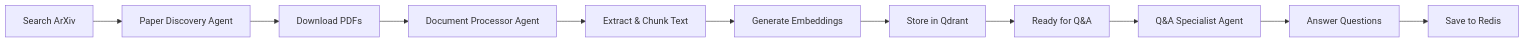
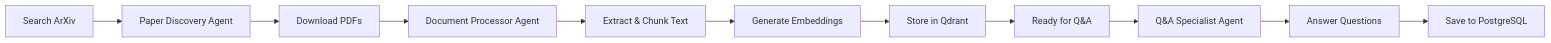
One commit to aiexplorations/praval_deep_research changed the diagram in README.md. Above: the diagram before and after it, drawn with Mermaid. The commit also changed other lines of this file, not shown here.

````diff
--- a/README.md
+++ b/README.md
@@ -178,13 +189,13 @@
 ```mermaid
 graph LR
     A[Search ArXiv] --> B[Paper Discovery Agent]
     B --> C[Download PDFs]
     C --> D[Document Processor Agent]
     D --> E[Extract & Chunk Text]
     E --> F[Generate Embeddings]
     F --> G[Store in Qdrant]
     G --> H[Ready for Q&A]
     H --> I[Q&A Specialist Agent]
     I --> J[Answer Questions]
-    J --> K[Save to Redis]
+    J --> K[Save to PostgreSQL]
 ```
````
